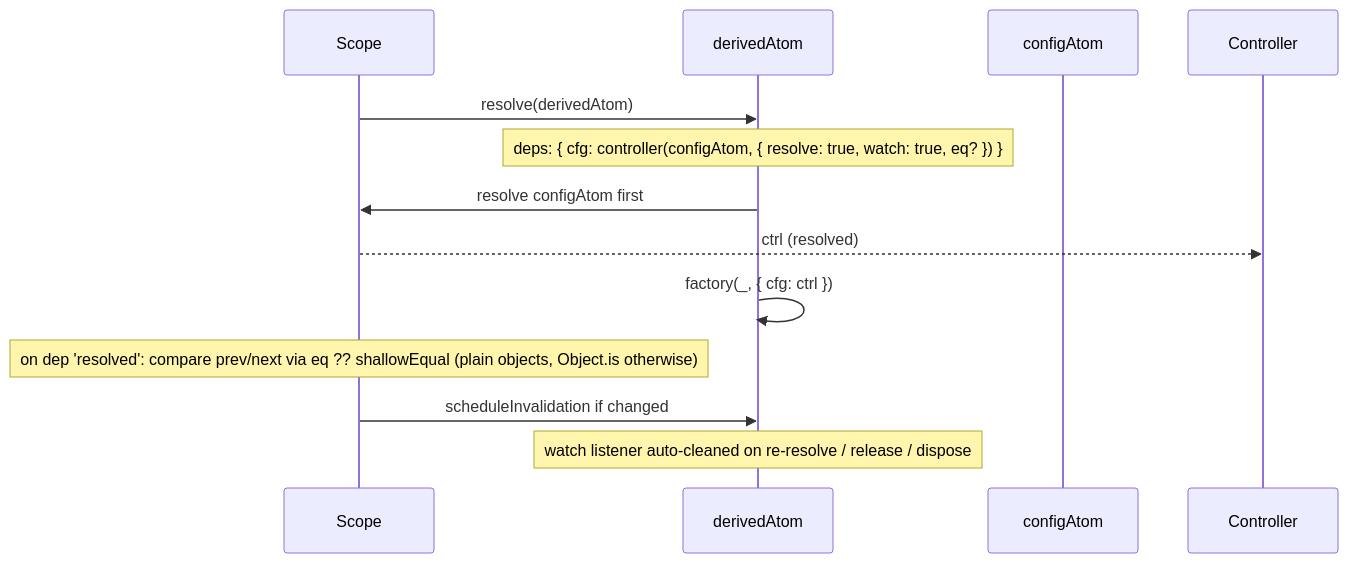
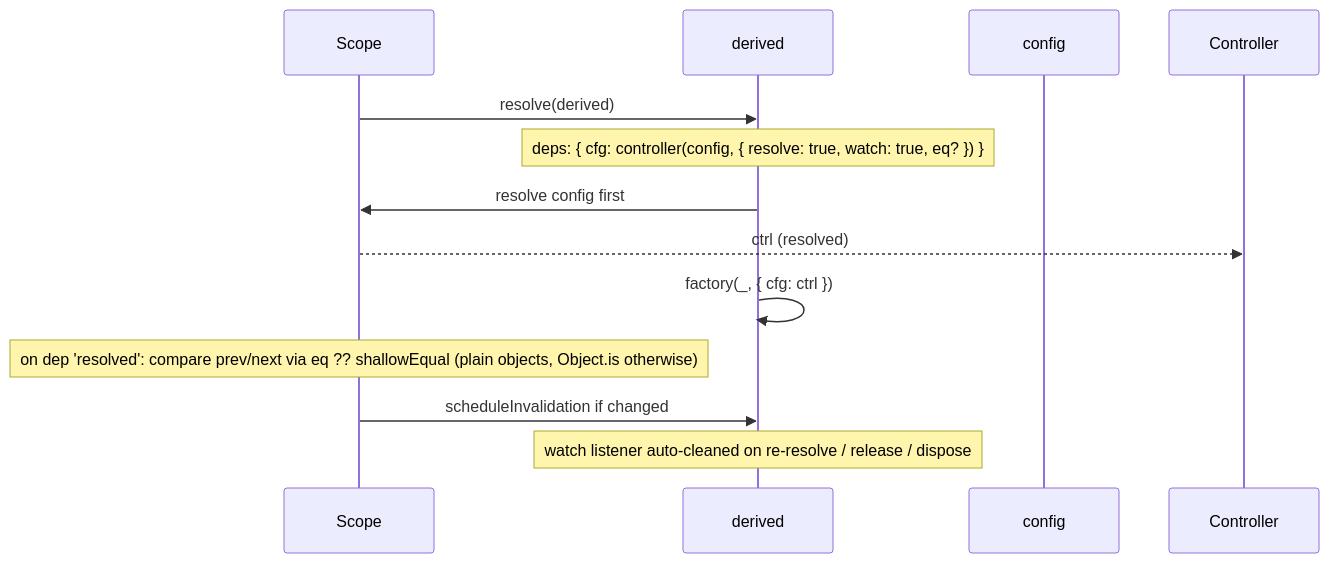
The ninth of 11 diagrams in packages/lite/PATTERNS.md (pumped-fn/pumped-fn), drawn with Mermaid before and after one commit. The commit also changed other lines of this file and 96 other files, not shown here.

````diff
--- a/packages/lite/PATTERNS.md
+++ b/packages/lite/PATTERNS.md
@@ -282,16 +298,16 @@
 ```mermaid
 sequenceDiagram
     participant Scope
-    participant Parent as derivedAtom
-    participant Dep as configAtom
+    participant Parent as derived
+    participant Dep as config
     participant Ctrl as Controller
 
-    Scope->>Parent: resolve(derivedAtom)
-    Note over Parent: deps: { cfg: controller(configAtom, { resolve: true, watch: true, eq? }) }
-    Parent->>Scope: resolve configAtom first
+    Scope->>Parent: resolve(derived)
+    Note over Parent: deps: { cfg: controller(config, { resolve: true, watch: true, eq? }) }
+    Parent->>Scope: resolve config first
     Scope-->>Ctrl: ctrl (resolved)
     Parent->>Parent: factory(_, { cfg: ctrl })
     Note over Scope: on dep 'resolved': compare prev/next via eq ?? shallowEqual (plain objects, Object.is otherwise)
     Scope->>Parent: scheduleInvalidation if changed
     Note over Parent: watch listener auto-cleaned on re-resolve / release / dispose
 ```
````
